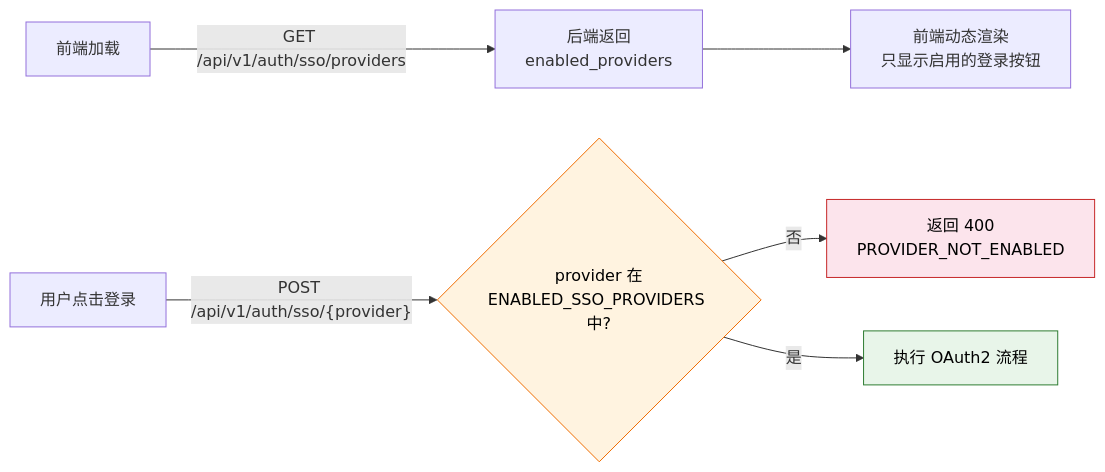
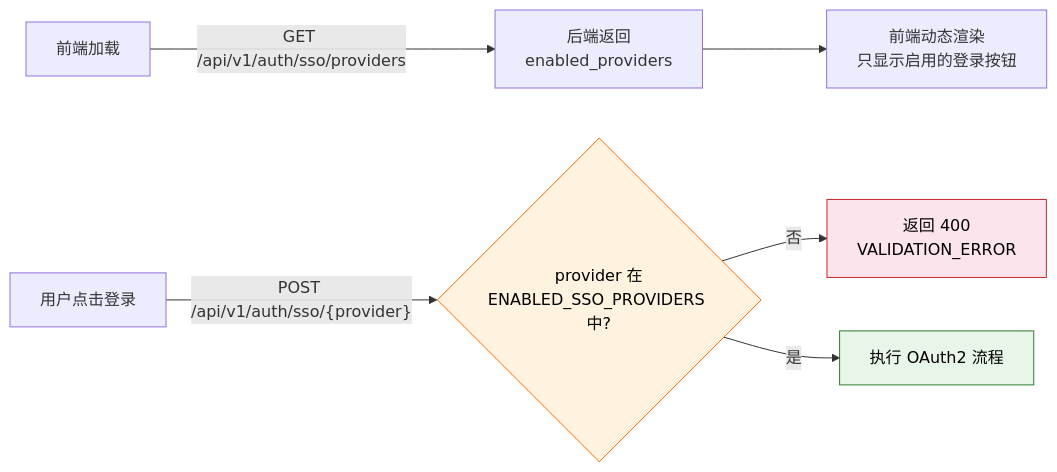
The first of 3 diagrams in docs/design/security.md (onceme/instantboard), drawn with Mermaid before and after one commit. The commit also changed other lines of this file and 14 other files, not shown here.

````diff
--- a/docs/design/security.md
+++ b/docs/design/security.md
@@ -145,12 +167,12 @@
 ```mermaid
 graph LR
     A["前端加载"] -->|"GET /api/v1/auth/sso/providers"| B["后端返回<br/>enabled_providers"]
     B --> C["前端动态渲染<br/>只显示启用的登录按钮"]
     D["用户点击登录"] -->|"POST /api/v1/auth/sso/{provider}"| E{"provider 在<br/>ENABLED_SSO_PROVIDERS 中?"}
-    E -->|"否"| F["返回 400<br/>PROVIDER_NOT_ENABLED"]
+    E -->|"否"| F["返回 400<br/>VALIDATION_ERROR"]
     E -->|"是"| G["执行 OAuth2 流程"]
 
     style E fill:#fff3e0,stroke:#ef6c00,color:#000
     style F fill:#fce4ec,stroke:#c62828,color:#000
     style G fill:#e8f5e9,stroke:#2e7d32,color:#000
 ```
````
